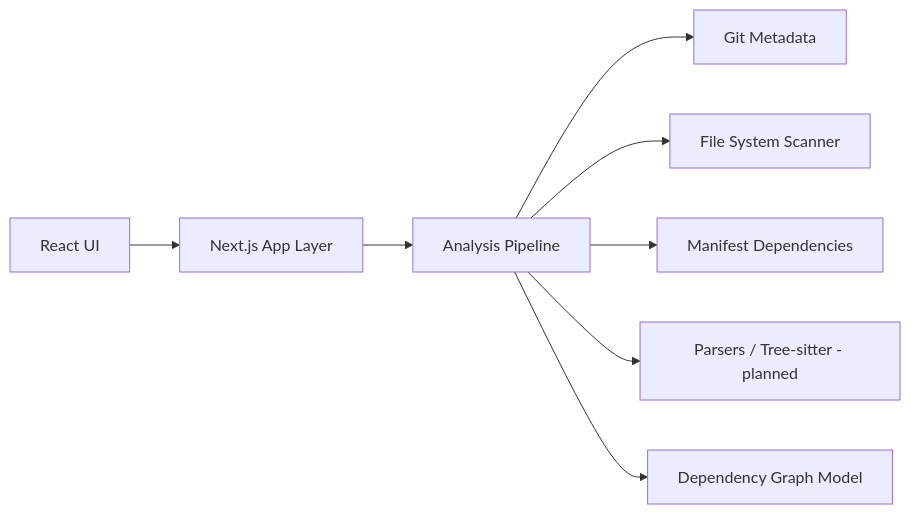
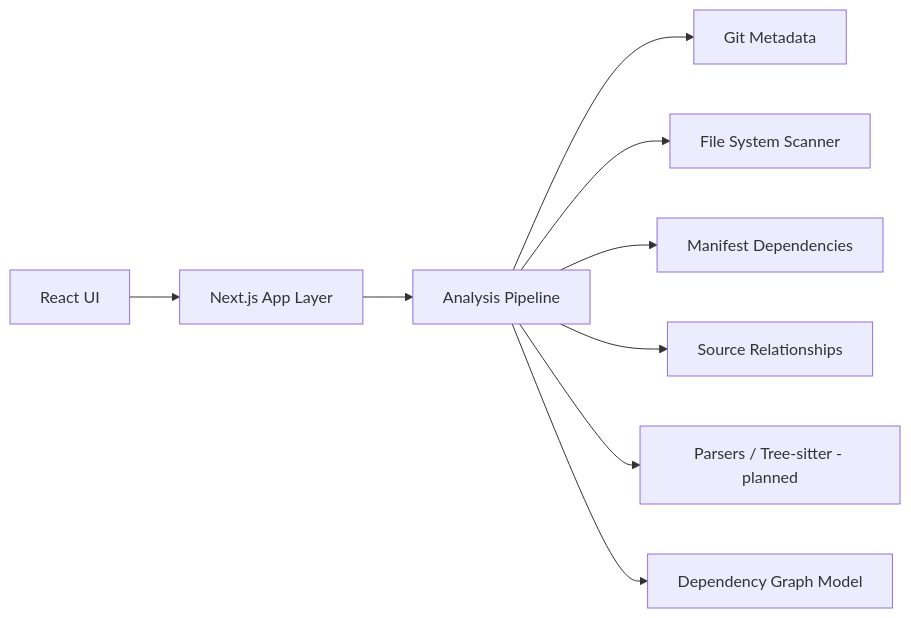
The diagram in README.md (justsomerandom/cartographer), drawn with Mermaid before and after one commit. The commit also changed other lines of this file and 12 other files, not shown here.

Commit message:
Best-effort source analysis

````diff
--- a/README.md
+++ b/README.md
@@ -99,10 +120,11 @@
 ```mermaid
 flowchart LR
     UI[React UI] --> App[Next.js App Layer]
     App --> Analysis[Analysis Pipeline]
     Analysis --> Git[Git Metadata]
     Analysis --> Files[File System Scanner]
     Analysis --> Deps[Manifest Dependencies]
+    Analysis --> Relations[Source Relationships]
     Analysis --> Parsers[Parsers / Tree-sitter - planned]
     Analysis --> Graphs[Dependency Graph Model]
 ```
````
